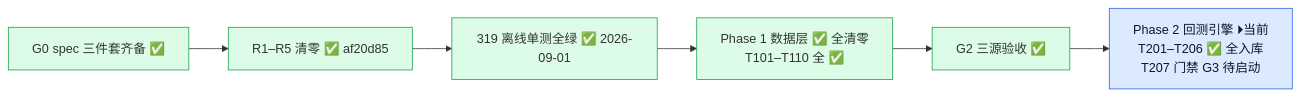
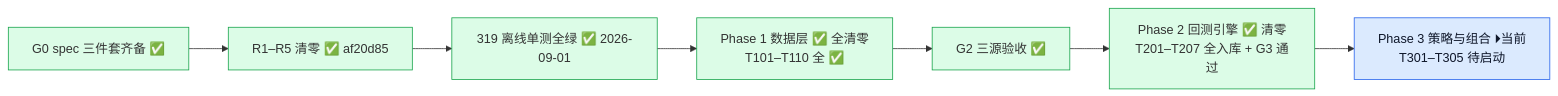
The second of 4 diagrams in docs/project_status_flowchart.md (YZml1507/FinAI2.0), drawn with Mermaid before and after one commit. The commit also changed other lines of this file and 3 other files, not shown here.

Commit message:
docs: T207 状态标记 — CLAUDE.md §0/§5/§7 + spec 快照同步（research-finai 4adc368）+ 流程图 Phase 2 清零 / 当前位移 Phase 3

````diff
--- a/docs/project_status_flowchart.md
+++ b/docs/project_status_flowchart.md
@@ -29,13 +29,15 @@
 ```mermaid
 flowchart LR
   G0[G0 spec 三件套齐备 ✅] --> R15[R1–R5 清零 ✅ af20d85] --> UT[319 离线单测全绿 ✅ 2026-09-01]
   UT --> P1[Phase 1 数据层 ✅ 全清零<br/>T101–T110 全 ✅]
   P1 --> G2[G2 三源验收 ✅]
-  G2 --> P2C[Phase 2 回测引擎 ⏵当前<br/>T201–T206 ✅ 全入库<br/>T207 门禁 G3 待启动]
+  G2 --> P2C[Phase 2 回测引擎 ✅ 清零<br/>T201–T207 全入库 + G3 通过]
+  P2C --> P3C[Phase 3 策略与组合 ⏵当前<br/>T301–T305 待启动]
   style G0 fill:#dcfce7,stroke:#16a34a
   style R15 fill:#dcfce7,stroke:#16a34a
   style UT fill:#dcfce7,stroke:#16a34a
   style P1 fill:#dcfce7,stroke:#16a34a
   style G2 fill:#dcfce7,stroke:#16a34a
-  style P2C fill:#dbeafe,stroke:#2563eb,color:#0f172a
+  style P2C fill:#dcfce7,stroke:#16a34a
+  style P3C fill:#dbeafe,stroke:#2563eb,color:#0f172a
 ```
````
